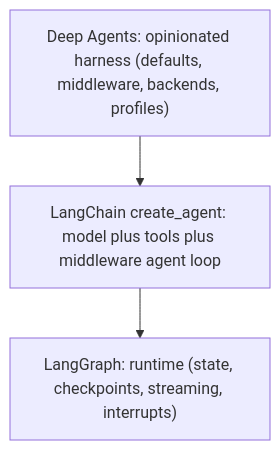
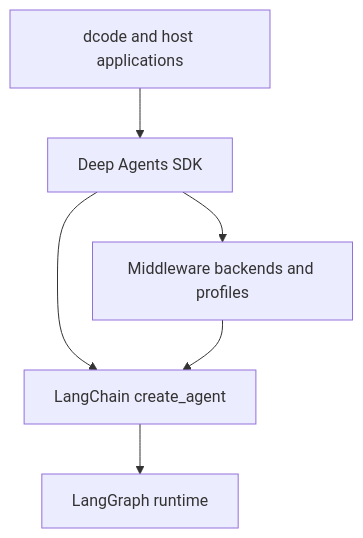
The first of 2 diagrams in openwiki/architecture/overview.md (langchain-ai/deepagents), drawn with Mermaid before and after one commit. The commit also changed other lines of this file and 136 other files, not shown here.

````diff
--- a/openwiki/architecture/overview.md
+++ b/openwiki/architecture/overview.md
@@ -35,8 +53,8 @@
 ```mermaid
 flowchart TD
-  DA["Deep Agents: opinionated harness (defaults, middleware, backends, profiles)"]
-  LC["LangChain create_agent: model plus tools plus middleware agent loop"]
-  LG["LangGraph: runtime (state, checkpoints, streaming, interrupts)"]
-  DA --> LC
-  LC --> LG
+  Product["dcode and host applications"] --> SDK["Deep Agents SDK"]
+  SDK --> Agent["LangChain create_agent"]
+  Agent --> Runtime["LangGraph runtime"]
+  SDK --> Harness["Middleware backends and profiles"]
+  Harness --> Agent
 ```
````
